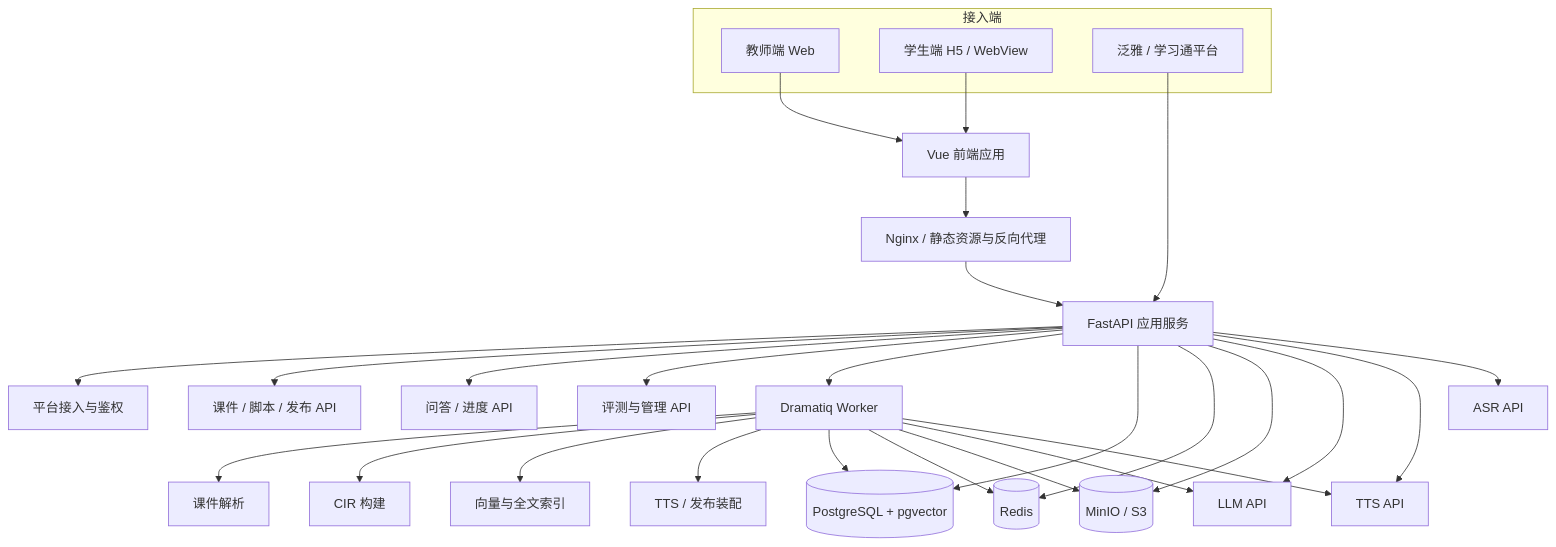
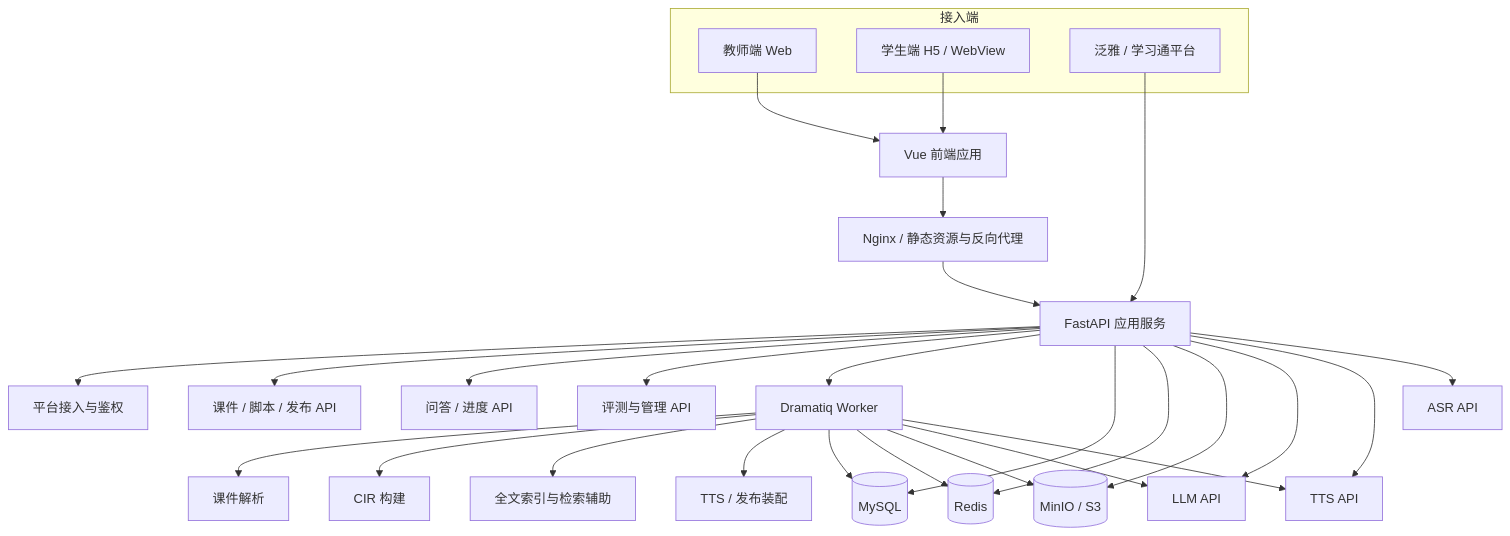
The first of 2 diagrams in doc/ai-generate/project-architecture/03-系统总体架构.md (phenixrana66-rgb/fuck_learning), drawn with Mermaid before and after one commit. The commit also changed other lines of this file and 21 other files, not shown here.

````diff
--- a/doc/ai-generate/project-architecture/03-系统总体架构.md
+++ b/doc/ai-generate/project-architecture/03-系统总体架构.md
@@ -5,39 +5,39 @@
 ```mermaid
 flowchart TB
     subgraph Client[接入端]
         T[教师端 Web]
         S[学生端 H5 / WebView]
         P[泛雅 / 学习通平台]
     end
 
     T --> FE[Vue 前端应用]
     S --> FE
     P --> API
     FE --> N[Nginx / 静态资源与反向代理]
     N --> API[FastAPI 应用服务]
 
     API --> A1[平台接入与鉴权]
     API --> A2[课件 / 脚本 / 发布 API]
     API --> A3[问答 / 进度 API]
     API --> A4[评测与管理 API]
 
     API --> W[Dramatiq Worker]
 
     W --> P1[课件解析]
     W --> P2[CIR 构建]
-    W --> P3[向量与全文索引]
+    W --> P3[全文索引与检索辅助]
     W --> P4[TTS / 发布装配]
 
-    API --> PG[(PostgreSQL + pgvector)]
+    API --> DB[(MySQL)]
     API --> R[(Redis)]
     API --> O[(MinIO / S3)]
     API --> LLM[LLM API]
     API --> TTS[TTS API]
     API --> ASR[ASR API]
 
-    W --> PG
+    W --> DB
     W --> R
     W --> O
     W --> LLM
     W --> TTS
 ```
````
